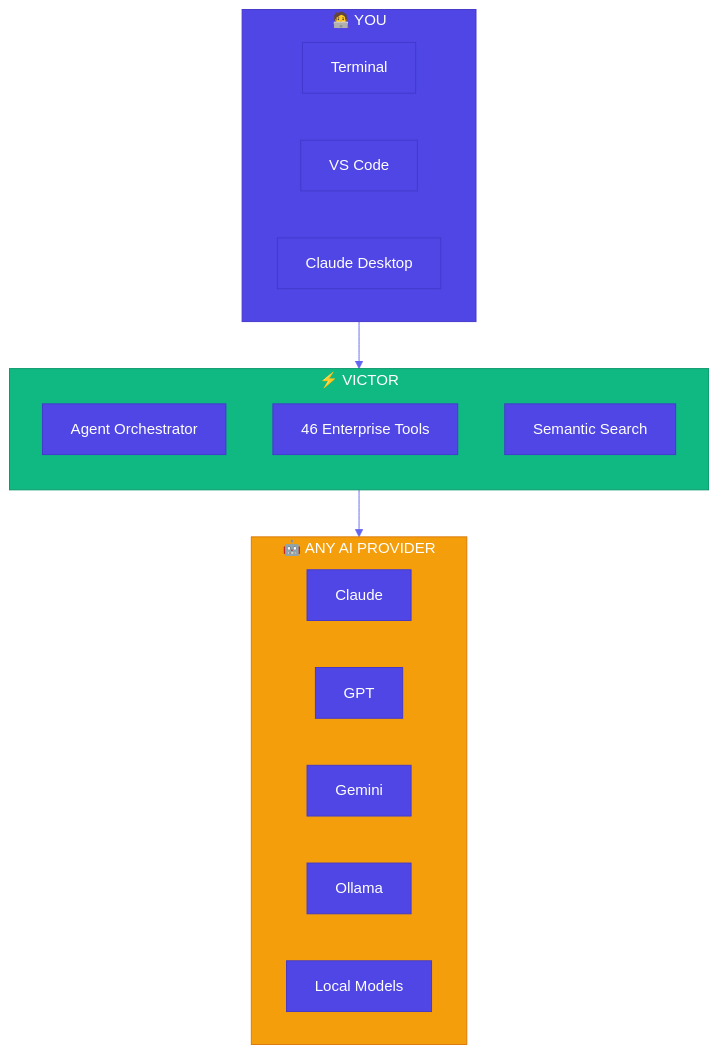
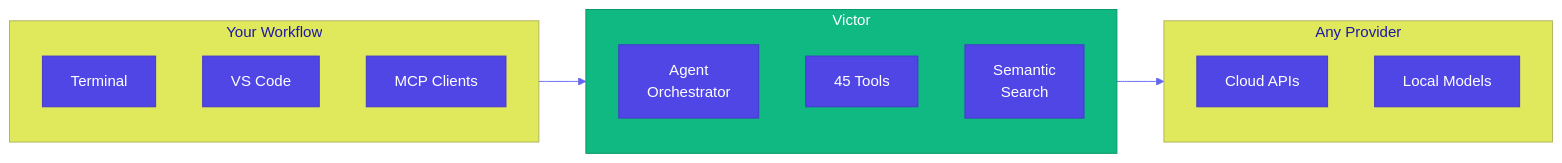
Before and after one commit to vjsingh1984/victor: the first of 5 diagrams in README.md, drawn with Mermaid. The commit also changed other lines of this file and 154 other files, not shown here.

First line of the commit message:
feat: Victor v0.1.0-beta - VS Code extension, agent improvements, test fixes

````diff
--- a/README.md
+++ b/README.md
@@ -26,33 +23,24 @@
 ```mermaid
-%%{init: {'theme': 'base', 'themeVariables': { 'primaryColor': '#4F46E5', 'primaryTextColor': '#fff', 'primaryBorderColor': '#4338CA', 'lineColor': '#6366F1', 'secondaryColor': '#E0E7FF', 'tertiaryColor': '#EEF2FF'}}}%%
-flowchart TB
-    subgraph YOU["🧑‍💻 YOU"]
-        direction LR
-        Terminal["Terminal"]
+%%{init: {'theme': 'base', 'themeVariables': { 'primaryColor': '#4F46E5', 'primaryTextColor': '#fff', 'primaryBorderColor': '#4338CA', 'lineColor': '#6366F1', 'secondaryColor': '#E0E7FF'}}}%%
+flowchart LR
+    subgraph Interface["Your Workflow"]
+        CLI["Terminal"]
         IDE["VS Code"]
-        MCP["Claude Desktop"]
+        MCP["MCP Clients"]
     end
 
-    subgraph VICTOR["⚡ VICTOR"]
-        direction TB
-        Orchestrator["Agent Orchestrator"]
-        Tools["46 Enterprise Tools"]
-        Search["Semantic Search"]
+    subgraph Victor["Victor"]
+        Agent["Agent<br/>Orchestrator"]
+        Tools["45 Tools"]
+        Search["Semantic<br/>Search"]
     end
 
-    subgraph PROVIDERS["🤖 ANY AI PROVIDER"]
-        direction LR
-        Claude["Claude"]
-        GPT["GPT"]
-        Gemini["Gemini"]
-        Ollama["Ollama"]
+    subgraph Providers["Any Provider"]
+        Cloud["Cloud APIs"]
         Local["Local Models"]
     end
 
-    YOU --> VICTOR
-    VICTOR --> PROVIDERS
+    Interface --> Victor --> Providers
 
-    style YOU fill:#4F46E5,stroke:#4338CA,color:#fff
-    style VICTOR fill:#10B981,stroke:#059669,color:#fff
-    style PROVIDERS fill:#F59E0B,stroke:#D97706,color:#fff
+    style Victor fill:#10B981,stroke:#059669,color:#fff
 ```
````
